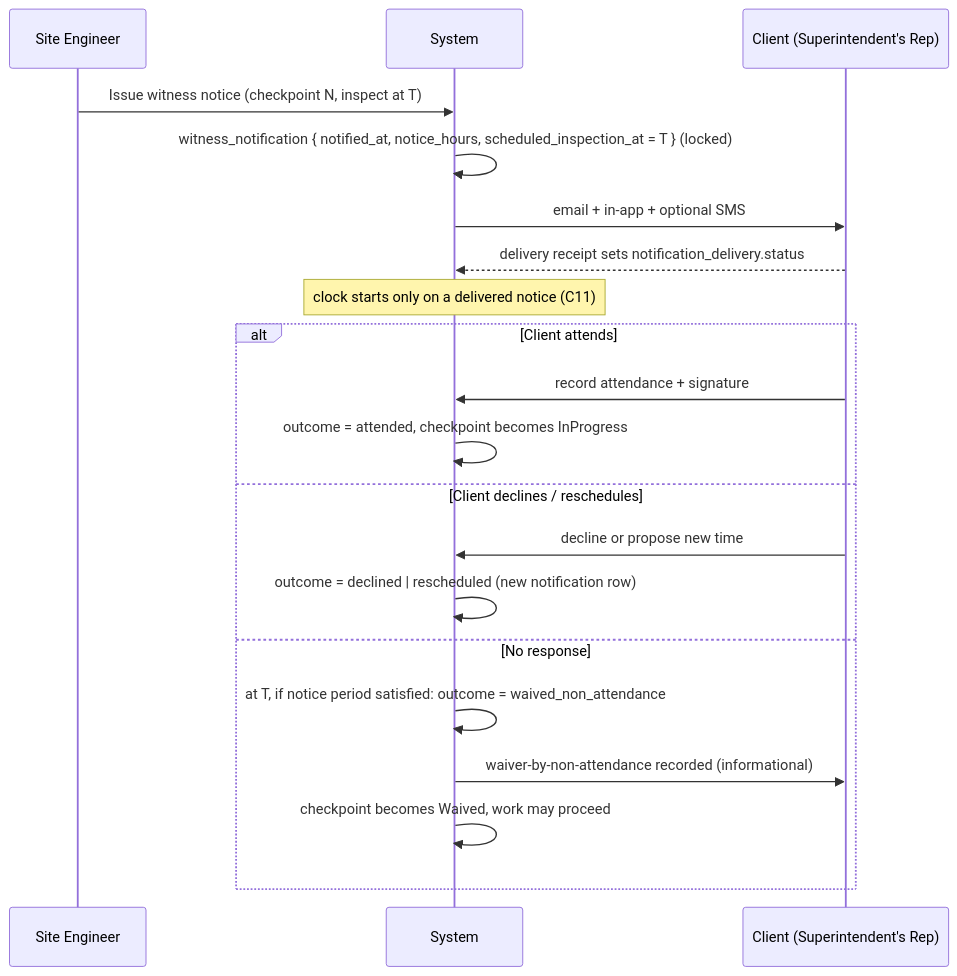
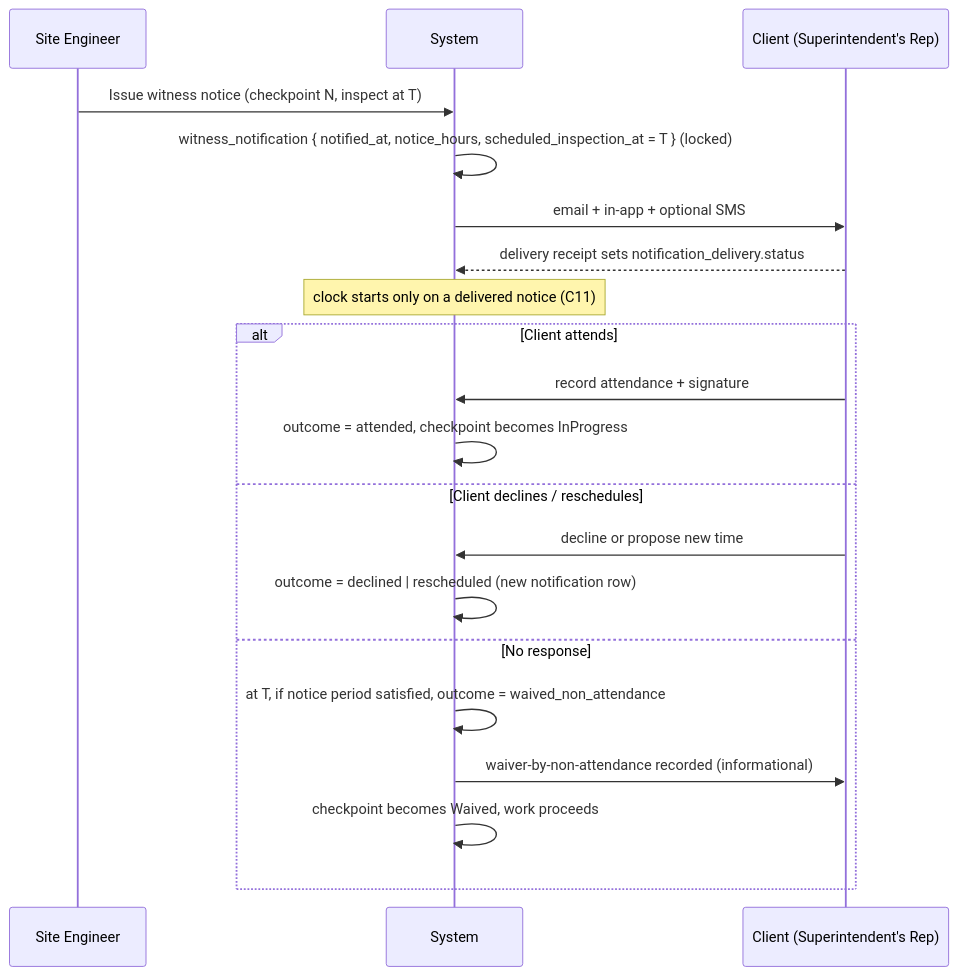
Before and after one commit to c69wrywn96-cmd/lotline: the third of 7 diagrams in docs/02-state-machines.md, drawn with Mermaid. The commit also changed other lines of this file and 7 other files, not shown here.

````diff
--- a/docs/02-state-machines.md
+++ b/docs/02-state-machines.md
@@ -150,24 +198,24 @@
 ```mermaid
 sequenceDiagram
     participant SE as Site Engineer
     participant SYS as System
     participant CL as Client (Superintendent's Rep)
 
     SE->>SYS: Issue witness notice (checkpoint N, inspect at T)
     SYS->>SYS: witness_notification { notified_at, notice_hours, scheduled_inspection_at = T } (locked)
     SYS->>CL: email + in-app + optional SMS
     CL-->>SYS: delivery receipt sets notification_delivery.status
     Note over SYS: clock starts only on a delivered notice (C11)
 
     alt Client attends
         CL->>SYS: record attendance + signature
         SYS->>SYS: outcome = attended, checkpoint becomes InProgress
     else Client declines / reschedules
         CL->>SYS: decline or propose new time
         SYS->>SYS: outcome = declined | rescheduled (new notification row)
     else No response
-        SYS->>SYS: at T, if notice period satisfied: outcome = waived_non_attendance
+        SYS->>SYS: at T, if notice period satisfied, outcome = waived_non_attendance
         SYS->>CL: waiver-by-non-attendance recorded (informational)
-        SYS->>SYS: checkpoint becomes Waived, work may proceed
+        SYS->>SYS: checkpoint becomes Waived, work proceeds
     end
 ```
````
